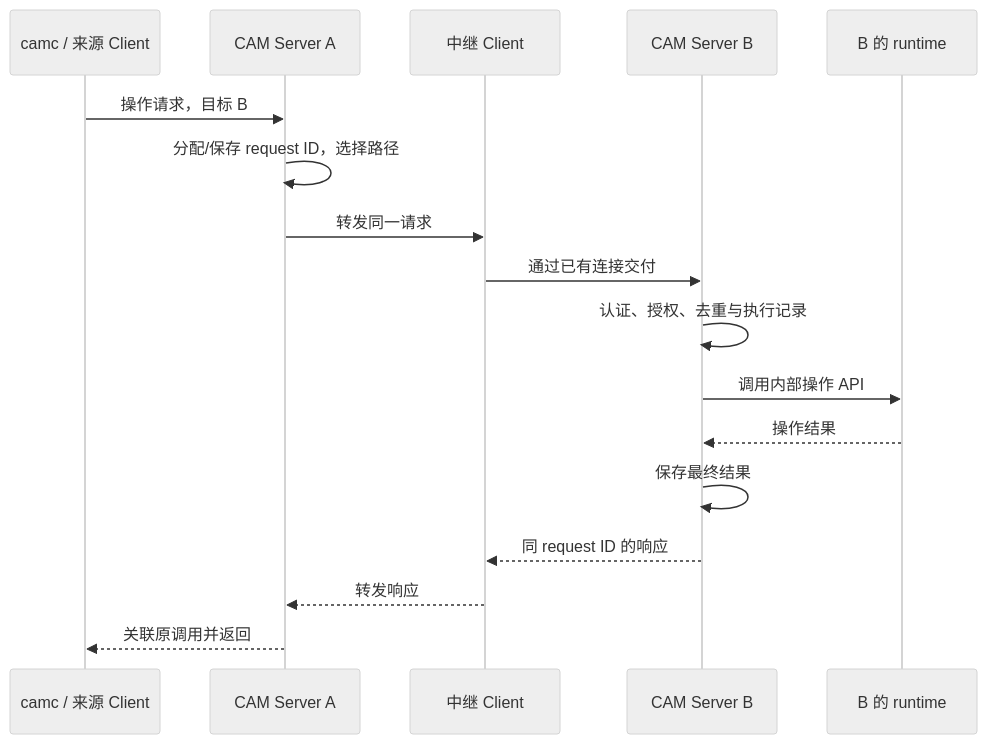
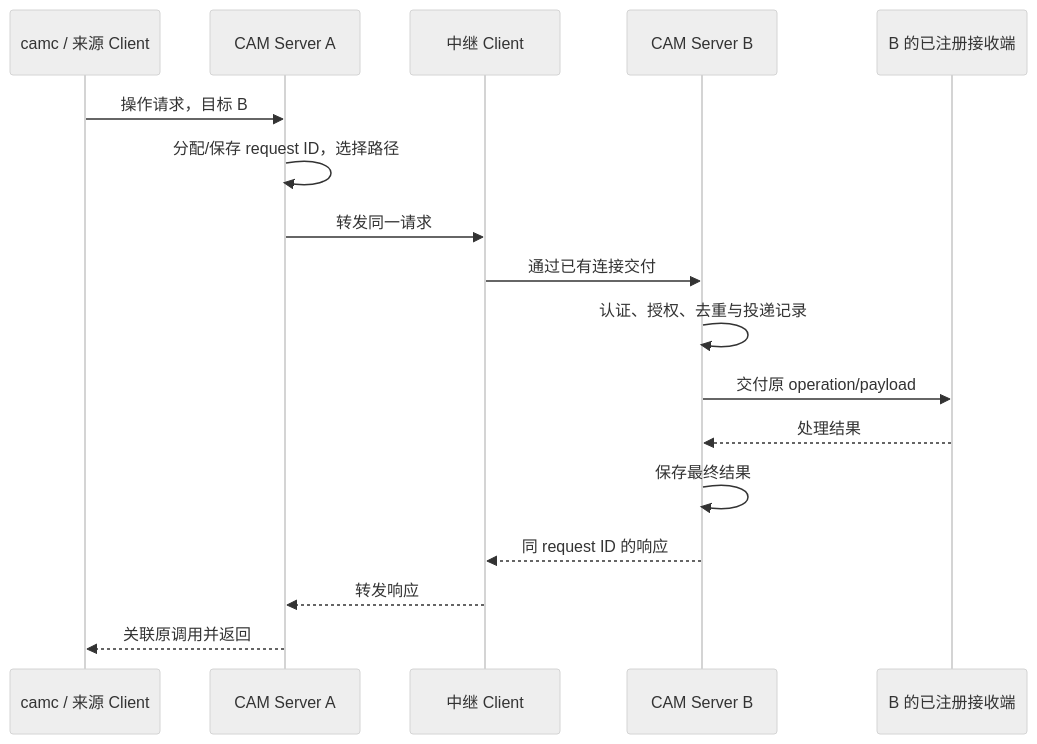
Before and after one commit to orlunix/cam: the second of 2 diagrams in docs/cam-client-server-spec.md, drawn with Mermaid (neutral theme). The commit also changed other lines of this file and 3 other files, not shown here.

````diff
--- a/docs/cam-client-server-spec.md
+++ b/docs/cam-client-server-spec.md
@@ -185,19 +199,19 @@
 ```mermaid
 sequenceDiagram
     participant CLI as camc / 来源 Client
     participant A as CAM Server A
     participant C as 中继 Client
     participant B as CAM Server B
-    participant R as B 的 runtime
+    participant R as B 的已注册接收端
     CLI->>A: 操作请求，目标 B
     A->>A: 分配/保存 request ID，选择路径
     A->>C: 转发同一请求
     C->>B: 通过已有连接交付
-    B->>B: 认证、授权、去重与执行记录
-    B->>R: 调用内部操作 API
-    R-->>B: 操作结果
+    B->>B: 认证、授权、去重与投递记录
+    B->>R: 交付原 operation/payload
+    R-->>B: 处理结果
     B->>B: 保存最终结果
     B-->>C: 同 request ID 的响应
     C-->>A: 转发响应
     A-->>CLI: 关联原调用并返回
 ```
````
